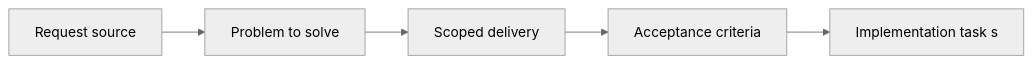
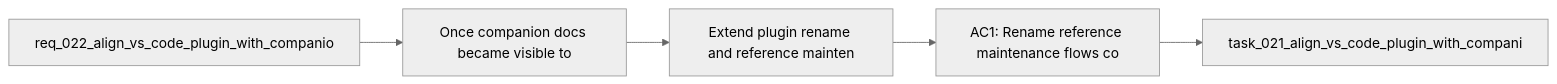
One commit to AlexAgo83/logics-manager changed the diagram in logics/backlog/item_024_extend_plugin_rename_and_reference_maintenance_to_companion_docs.md. Above: the diagram before and after it, drawn with Mermaid (neutral theme). The commit also changed 481 other files, not shown here.

````diff
--- a/logics/backlog/item_024_extend_plugin_rename_and_reference_maintenance_to_companion_docs.md
+++ b/logics/backlog/item_024_extend_plugin_rename_and_reference_maintenance_to_companion_docs.md
@@ -23,8 +23,9 @@
 ```mermaid
+%% logics-kind: backlog
 %% logics-signature: backlog|extend-plugin-rename-and-reference-maint|req-022-align-vs-code-plugin-with-compan|once-companion-docs-became-visible-to|ac1-rename-reference-maintenance-flows-c
 flowchart LR
-    Req[Request source] --> Problem[Problem to solve]
-    Problem --> Scope[Scoped delivery]
-    Scope --> AC[Acceptance criteria]
-    AC --> Tasks[Implementation task s]
+    Request[req_022_align_vs_code_plugin_with_companio] --> Problem[Once companion docs became visible to]
+    Problem --> Scope[Extend plugin rename and reference mainten]
+    Scope --> Acceptance[AC1: Rename reference maintenance flows co]
+    Acceptance --> Tasks[task_021_align_vs_code_plugin_with_compani]
 ```
````
